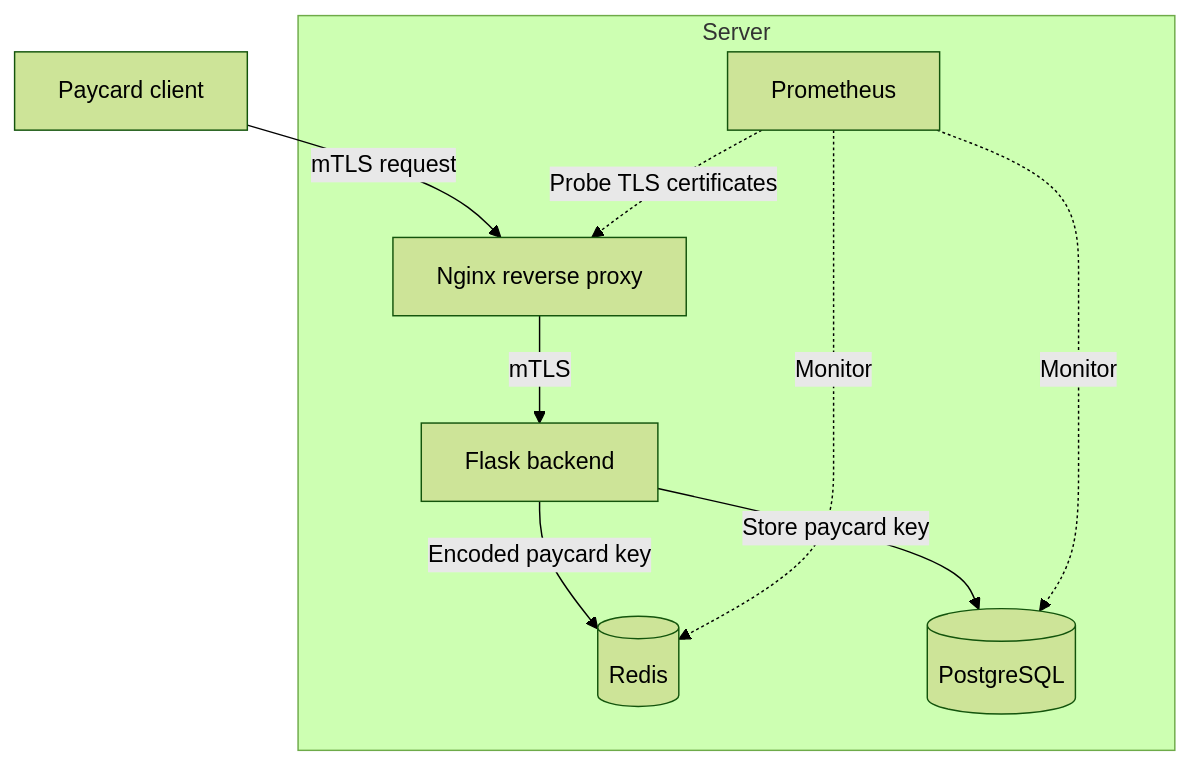
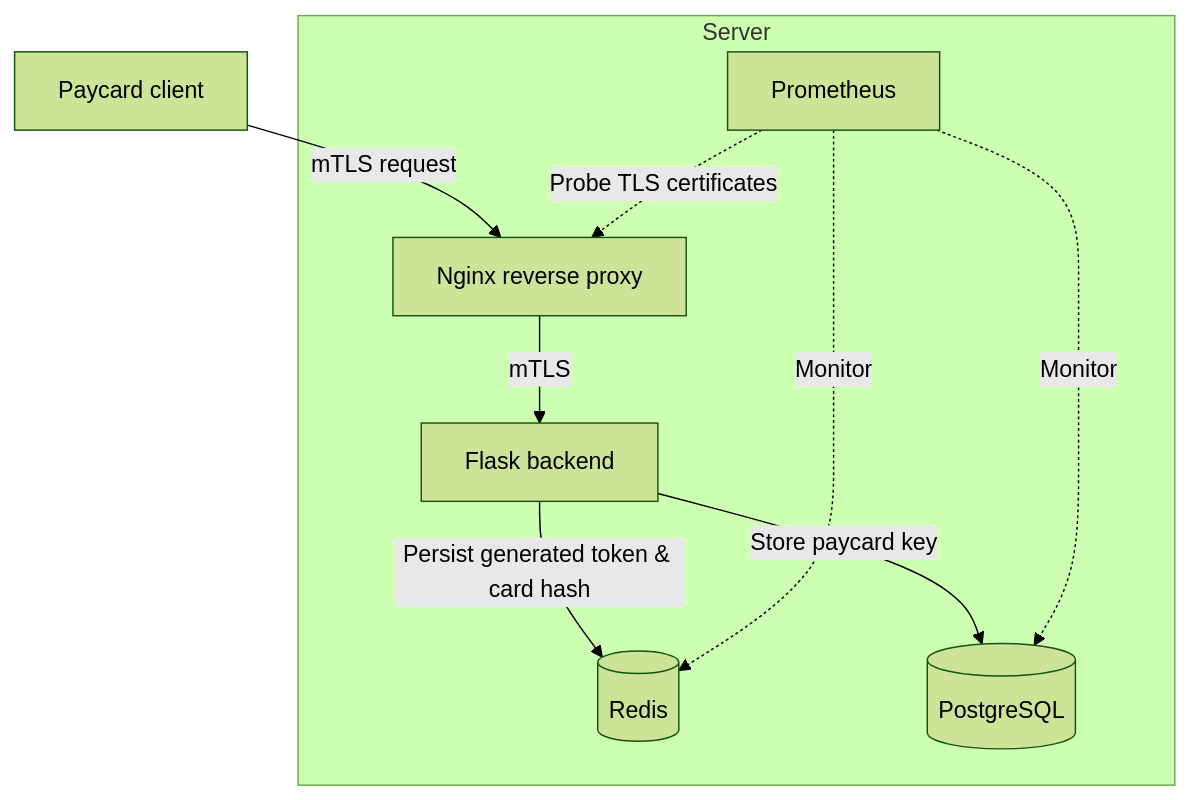
The diagram in README.md (Mynameissuha/projectx), drawn with Mermaid (forest theme) before and after one commit.

````diff
--- a/README.md
+++ b/README.md
@@ -27,14 +27,14 @@
 ```mermaid
 flowchart TD
     Client["Paycard client"] -->|"mTLS request"| Nginx["Nginx reverse proxy"]
 
     subgraph Server["Server"]
         Nginx -->|"mTLS"| Flask["Flask backend"]
-        Flask -->|"Еncoded paycard key"| Redis[("Redis")]
+        Flask -->|"Persist generated token & card hash"| Redis[("Redis")]
         Flask -->|"Store paycard key"| Postgres[("PostgreSQL")]
 
         Prometheus["Prometheus"] -.->|"Probe TLS certificates"| Nginx
         Prometheus -.->|"Monitor"| Redis
         Prometheus -.->|"Monitor"| Postgres
     end
 ```
````
